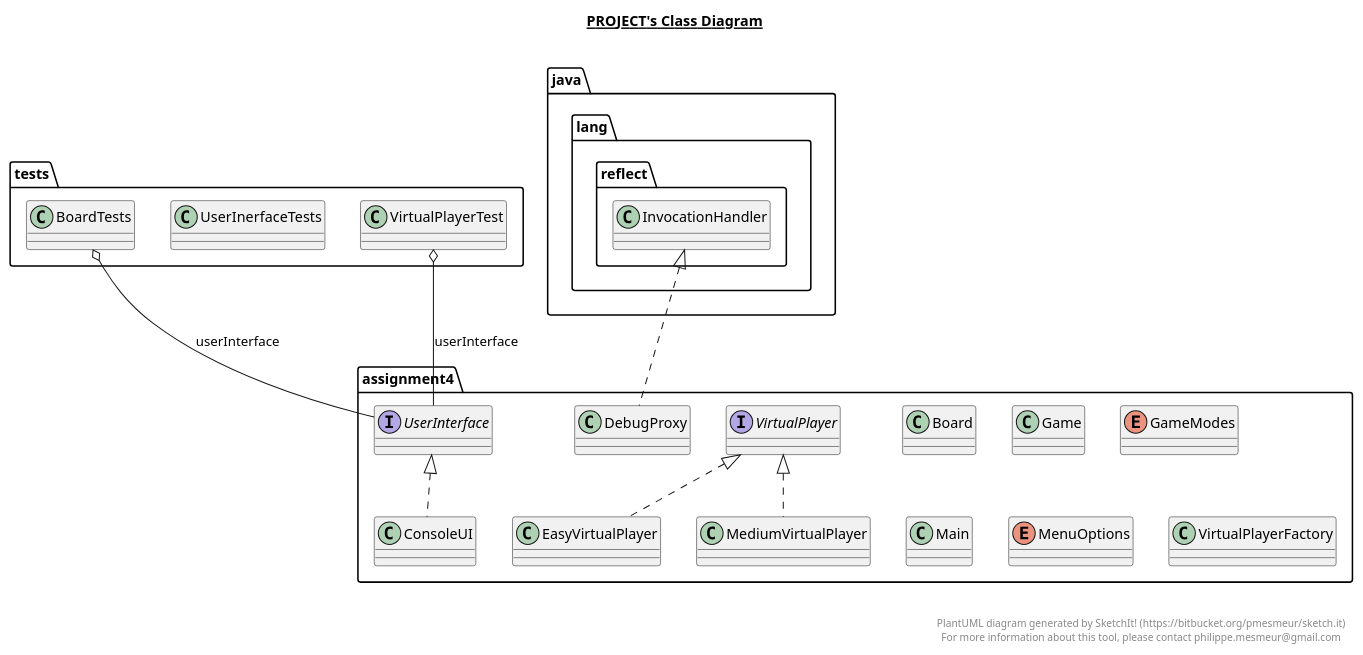
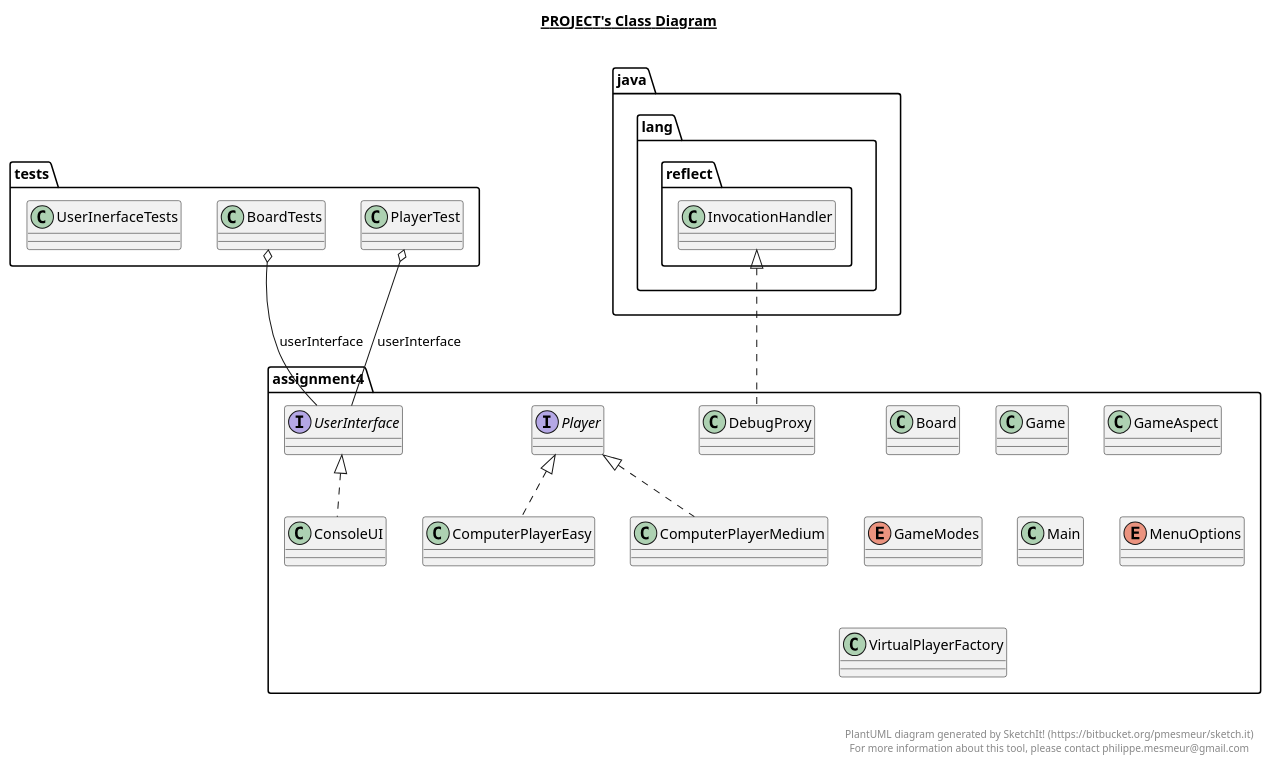
The diagram in Project.plantuml (arpeled/FourInLine), drawn with PlantUML before and after one commit. The commit also changed 32 other files, not shown here.

```diff
--- a/Project.plantuml
+++ b/Project.plantuml
@@ -1,110 +1,116 @@
 @startuml
 
 title __PROJECT's Class Diagram__\n
 
   namespace assignment4 {
     class assignment4.Board {
+    }
+  }
+  
+
+  namespace assignment4 {
+    class assignment4.ComputerPlayerEasy {
+    }
+  }
+  
+
+  namespace assignment4 {
+    class assignment4.ComputerPlayerMedium {
     }
   }
   
 
   namespace assignment4 {
     class assignment4.ConsoleUI {
     }
   }
   
 
   namespace assignment4 {
     class assignment4.DebugProxy {
     }
   }
   
 
   namespace assignment4 {
-    class assignment4.EasyVirtualPlayer {
+    class assignment4.Game {
     }
   }
   
 
   namespace assignment4 {
-    class assignment4.Game {
+    class assignment4.GameAspect {
     }
   }
   
 
   namespace assignment4 {
     enum GameModes {
     }
   }
   
 
   namespace assignment4 {
     class assignment4.Main {
     }
   }
   
 
   namespace assignment4 {
-    class assignment4.MediumVirtualPlayer {
-    }
-  }
-  
-
-  namespace assignment4 {
     enum MenuOptions {
     }
   }
   
 
   namespace assignment4 {
-    interface assignment4.UserInterface {
+    interface assignment4.Player {
     }
   }
   
 
   namespace assignment4 {
-    interface assignment4.VirtualPlayer {
+    interface assignment4.UserInterface {
     }
   }
   
 
   namespace assignment4 {
     class assignment4.VirtualPlayerFactory {
     }
   }
   
 
   namespace tests {
     class tests.BoardTests {
     }
   }
   
 
   namespace tests {
+    class tests.PlayerTest {
+    }
+  }
+  
+
+  namespace tests {
     class tests.UserInerfaceTests {
     }
   }
   
 
-  namespace tests {
-    class tests.VirtualPlayerTest {
-    }
-  }
-  
-
+  assignment4.ComputerPlayerEasy .up.|> assignment4.Player
+  assignment4.ComputerPlayerMedium .up.|> assignment4.Player
   assignment4.ConsoleUI .up.|> assignment4.UserInterface
   assignment4.DebugProxy .up.|> java.lang.reflect.InvocationHandler
-  assignment4.EasyVirtualPlayer .up.|> assignment4.VirtualPlayer
-  assignment4.MediumVirtualPlayer .up.|> assignment4.VirtualPlayer
   tests.BoardTests o-- assignment4.UserInterface : userInterface
-  tests.VirtualPlayerTest o-- assignment4.UserInterface : userInterface
+  tests.PlayerTest o-- assignment4.UserInterface : userInterface
 
 
 right footer
 
 
 PlantUML diagram generated by SketchIt! (https://bitbucket.org/pmesmeur/sketch.it)
 For more information about this tool, please contact philippe.mesmeur@gmail.com
 endfooter
 
 @enduml
```
